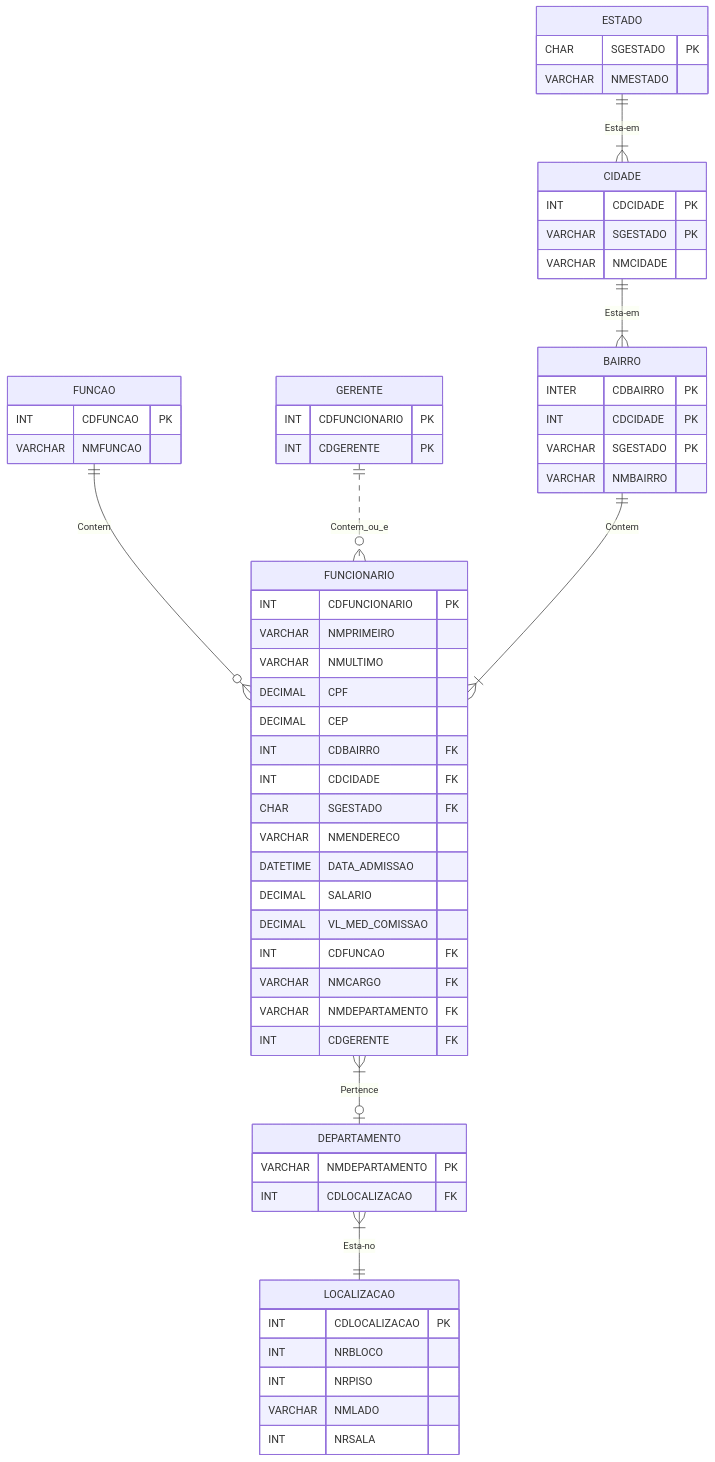
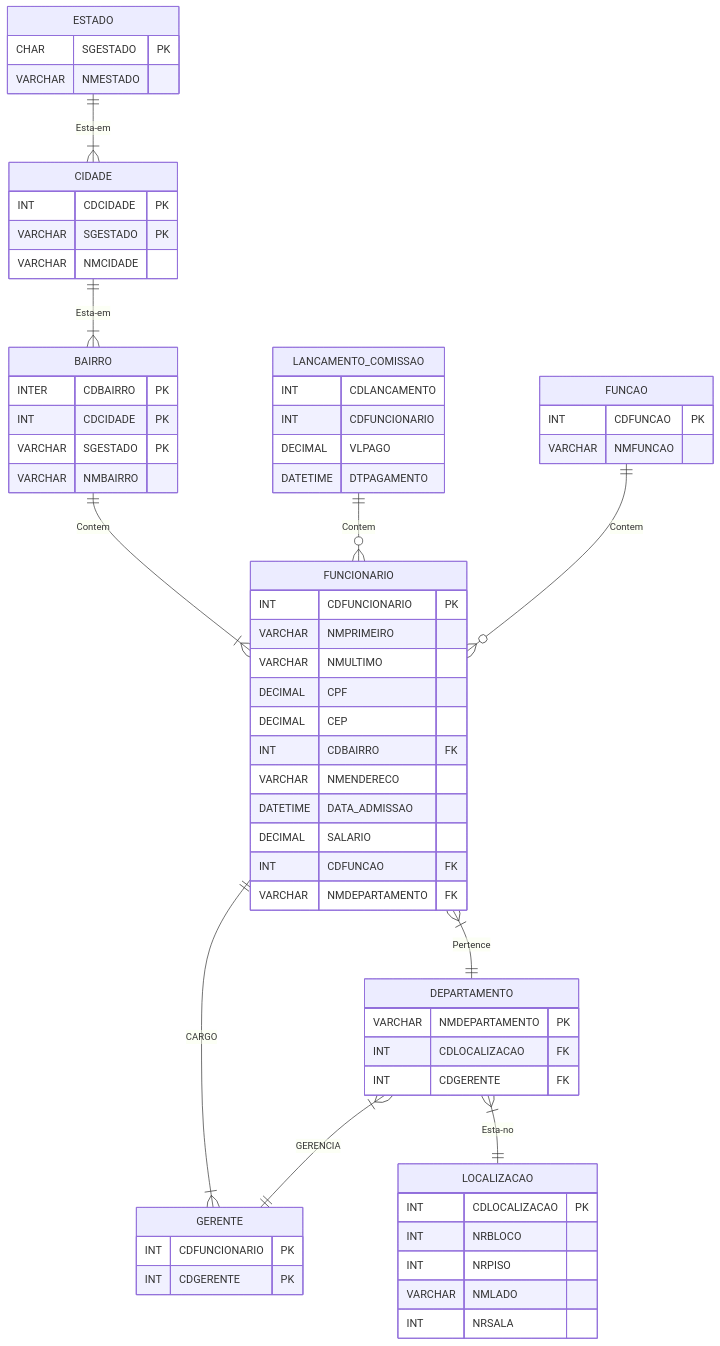
Before and after one commit to marcg-dev/SQLCursoPratico: diagram 12 of 13 in pages/Cap2.md, drawn with Mermaid. The commit also changed other lines of this file and 1 other file, not shown here.

````diff
--- a/pages/Cap2.md
+++ b/pages/Cap2.md
@@ -409,62 +457,66 @@
 ```mermaid
     erDiagram
-    FUNCIONARIO }|--o| DEPARTAMENTO : Pertence
+    FUNCIONARIO }|--|| DEPARTAMENTO : Pertence
     FUNCIONARIO {
         INT CDFUNCIONARIO PK
         VARCHAR NMPRIMEIRO
         VARCHAR NMULTIMO
         DECIMAL CPF
         DECIMAL CEP
         INT CDBAIRRO FK
-        INT CDCIDADE FK
-        CHAR SGESTADO FK
         VARCHAR NMENDERECO
         DATETIME DATA_ADMISSAO
         DECIMAL SALARIO
-        DECIMAL VL_MED_COMISSAO
         INT CDFUNCAO FK
-        VARCHAR NMCARGO FK
         VARCHAR NMDEPARTAMENTO FK
-        INT CDGERENTE FK
     }
+    GERENTE }|--|| FUNCIONARIO : CARGO
+    GERENTE {
+        INT CDFUNCIONARIO PK
+        INT CDGERENTE PK
+    }
+    DEPARTAMENTO }|--|| GERENTE : GERENCIA
     DEPARTAMENTO {
         VARCHAR NMDEPARTAMENTO PK
         INT CDLOCALIZACAO FK
+        INT CDGERENTE FK
     }
     DEPARTAMENTO }|--|| LOCALIZACAO : Esta-no
     LOCALIZACAO {
         INT CDLOCALIZACAO PK
         INT NRBLOCO
         INT NRPISO
         VARCHAR NMLADO
         INT NRSALA
     }
     FUNCAO ||--o{ FUNCIONARIO : Contem
     FUNCAO{
         INT CDFUNCAO PK
         VARCHAR NMFUNCAO
     }
-    GERENTE ||..o{ FUNCIONARIO : Contem_ou_e
-    GERENTE {
-        INT CDFUNCIONARIO PK
-        INT CDGERENTE PK
+    LANCAMENTO_COMISSAO ||--o{ FUNCIONARIO : Contem
+    LANCAMENTO_COMISSAO {
+        INT CDLANCAMENTO
+        INT CDFUNCIONARIO
+        DECIMAL VLPAGO
+        DATETIME DTPAGAMENTO
     }
     ESTADO ||--|{ CIDADE : Esta-em
     ESTADO {
         CHAR SGESTADO PK
         VARCHAR NMESTADO
     }
     CIDADE ||--|{ BAIRRO : Esta-em
     CIDADE {
         INT CDCIDADE PK
         VARCHAR SGESTADO PK
         VARCHAR NMCIDADE
     }
     BAIRRO ||--|{ FUNCIONARIO : Contem
     BAIRRO {
         INTER CDBAIRRO PK
         INT CDCIDADE PK
         VARCHAR SGESTADO PK
         VARCHAR NMBAIRRO
     }
 ```
````
